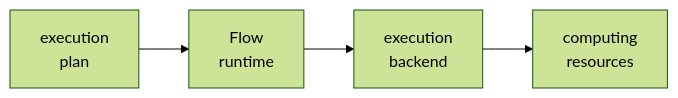
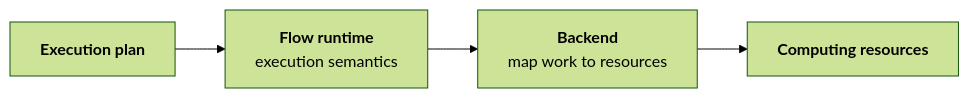
One commit to FAST-HEP/fasthep-flow changed the first of 5 diagrams in docs/execution/environments.md. Above: the diagram before and after it, drawn with Mermaid (forest theme). The commit also changed other lines of this file and 7 other files, not shown here.

````diff
--- a/docs/execution/environments.md
+++ b/docs/execution/environments.md
@@ -7,9 +10,9 @@
 ```{mermaid}
 flowchart LR
-    Plan["execution<br/>plan"]
-    Runtime["Flow<br/>runtime"]
-    Backend["execution<br/>backend"]
-    Resources["computing<br/>resources"]
+    Plan["<b>Execution plan</b>"]:::plan
+    Runtime["<b>Flow runtime</b><br/>execution semantics"]:::runtime
+    Backend["<b>Backend</b><br/>map work to resources"]:::capability
+    Resources["<b>Computing resources</b>"]:::capability
 
     Plan --> Runtime --> Backend --> Resources
 ```
````
